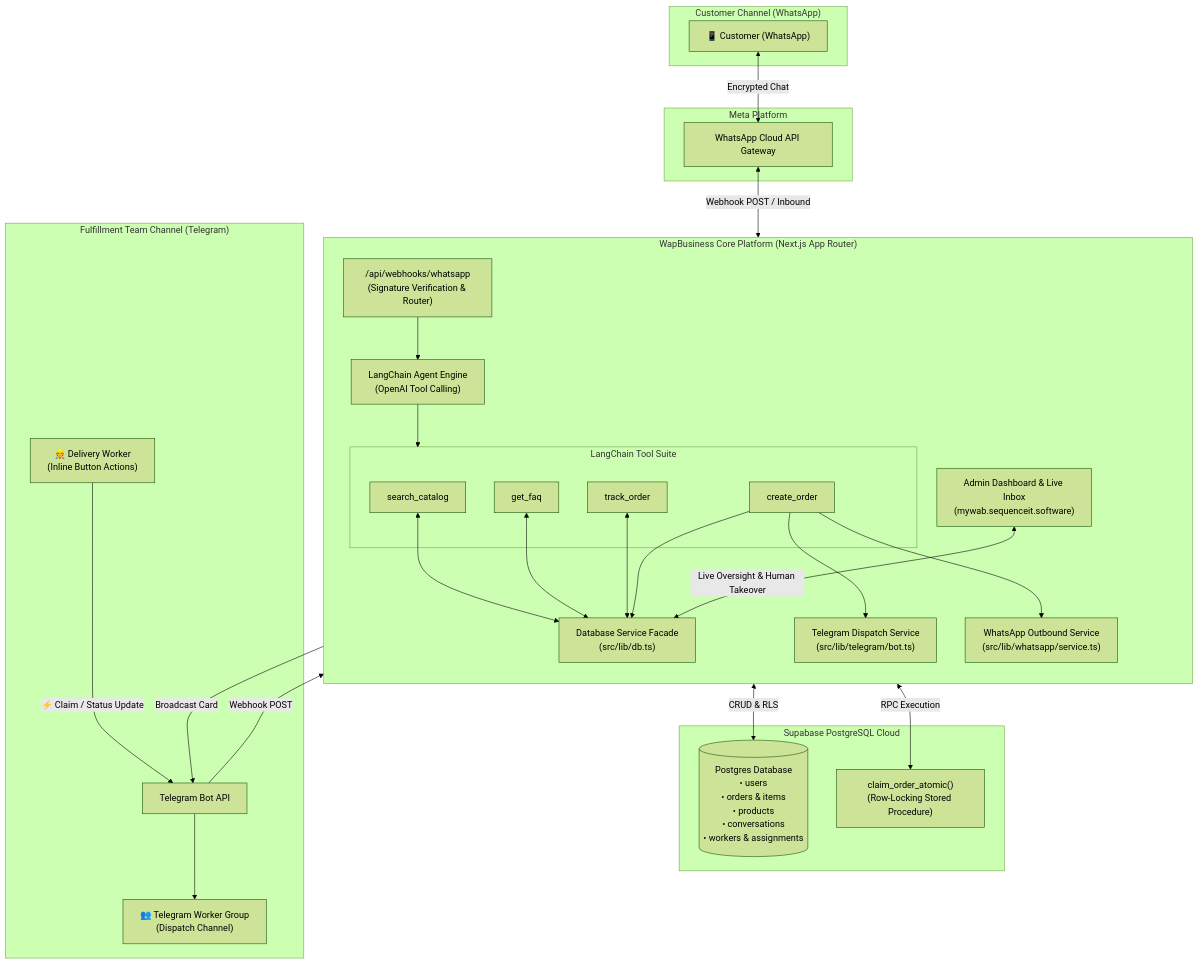
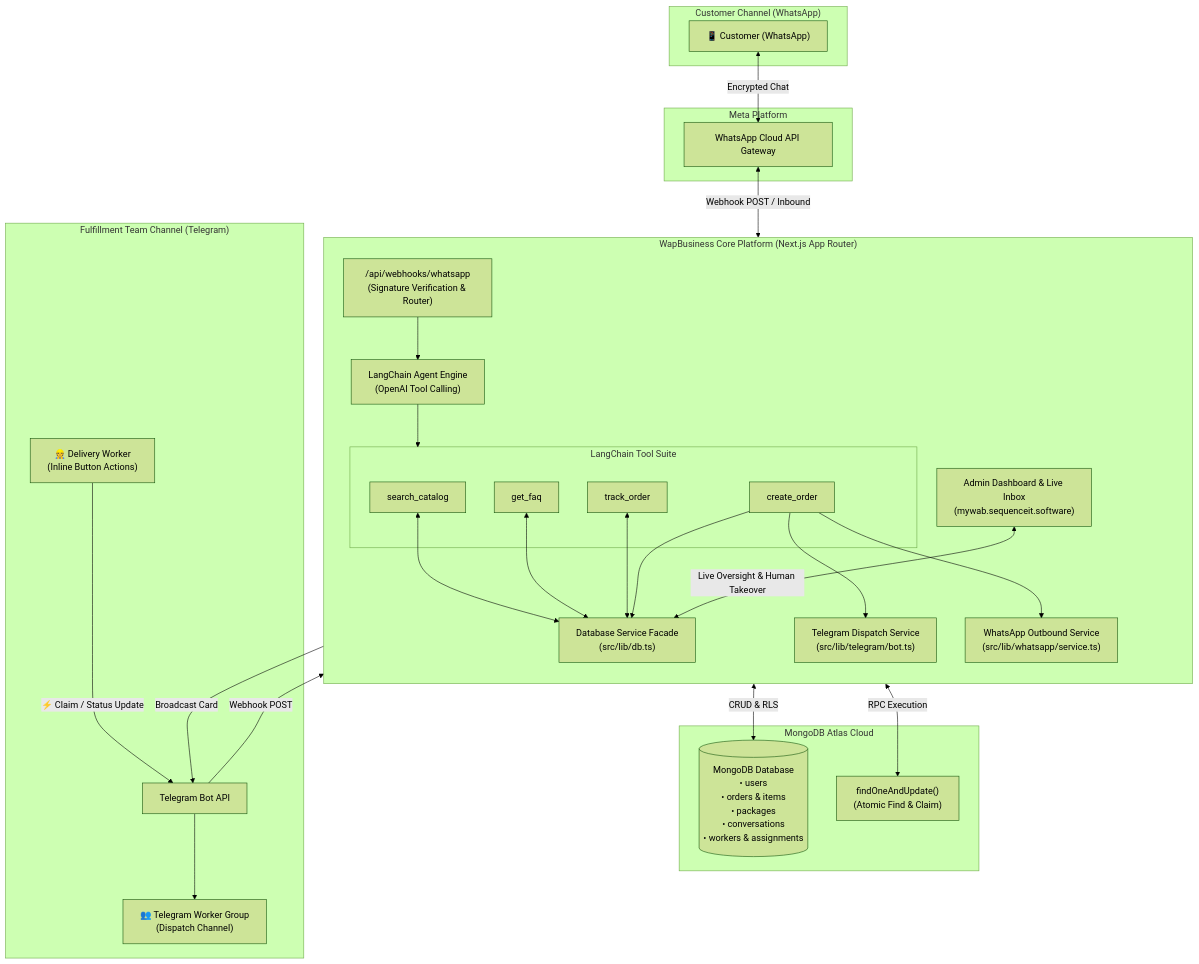
The first of 3 diagrams in README.md (sequenceit-git/mywab), drawn with Mermaid (forest theme) before and after one commit. The commit also changed other lines of this file and 57 other files, not shown here.

Commit message:
feat: migrate database from Supabase to MongoDB Atlas and purge all Supabase connections

````diff
--- a/README.md
+++ b/README.md
@@ -27,58 +27,58 @@
 ```mermaid
 flowchart TD
     subgraph Customers["Customer Channel (WhatsApp)"]
         User["📱 Customer (WhatsApp)"]
     end
 
     subgraph MetaCloud["Meta Platform"]
         WA_API["WhatsApp Cloud API Gateway"]
     end
 
     subgraph CoreEngine["WapBusiness Core Platform (Next.js App Router)"]
         direction TB
         WH_Route["/api/webhooks/whatsapp\n(Signature Verification & Router)"]
         AI_Agent["LangChain Agent Engine\n(OpenAI Tool Calling)"]
         
         subgraph Tools["LangChain Tool Suite"]
             T_Cat["search_catalog"]
             T_FAQ["get_faq"]
             T_Order["create_order"]
             T_Track["track_order"]
         end
 
         DB_Service["Database Service Facade\n(src/lib/db.ts)"]
         TG_Service["Telegram Dispatch Service\n(src/lib/telegram/bot.ts)"]
         WA_Service["WhatsApp Outbound Service\n(src/lib/whatsapp/service.ts)"]
         Admin_Panel["Admin Dashboard & Live Inbox\n(mywab.sequenceit.software)"]
     end
 
-    subgraph Database["Supabase PostgreSQL Cloud"]
-        SQL_DB[("Postgres Database\n• users\n• orders & items\n• products\n• conversations\n• workers & assignments")]
-        Atomic_Proc["claim_order_atomic()\n(Row-Locking Stored Procedure)"]
+    subgraph Database["MongoDB Atlas Cloud"]
+        SQL_DB[("MongoDB Database\n• users\n• orders & items\n• packages\n• conversations\n• workers & assignments")]
+        Atomic_Proc["findOneAndUpdate()\n(Atomic Find & Claim)"]
     end
 
     subgraph Workers["Fulfillment Team Channel (Telegram)"]
         TG_API["Telegram Bot API"]
         TG_Group["👥 Telegram Worker Group\n(Dispatch Channel)"]
         Worker_App["👷 Delivery Worker\n(Inline Button Actions)"]
     end
 
     User <-->|Encrypted Chat| WA_API
     WA_API <-->|Webhook POST / Inbound| WH_Route
     WH_Route --> AI_Agent
     AI_Agent --> Tools
     T_Cat & T_FAQ & T_Track <--> DB_Service
     T_Order --> DB_Service
     T_Order --> TG_Service
     T_Order --> WA_Service
     
     DB_Service <-->|CRUD & RLS| SQL_DB
     DB_Service <-->|RPC Execution| Atomic_Proc
     
     TG_Service -->|Broadcast Card| TG_API
     TG_API --> TG_Group
     Worker_App -->|⚡ Claim / Status Update| TG_API
     TG_API -->|Webhook POST| WH_Route
     
     Admin_Panel <-->|Live Oversight & Human Takeover| DB_Service
 ```
````
